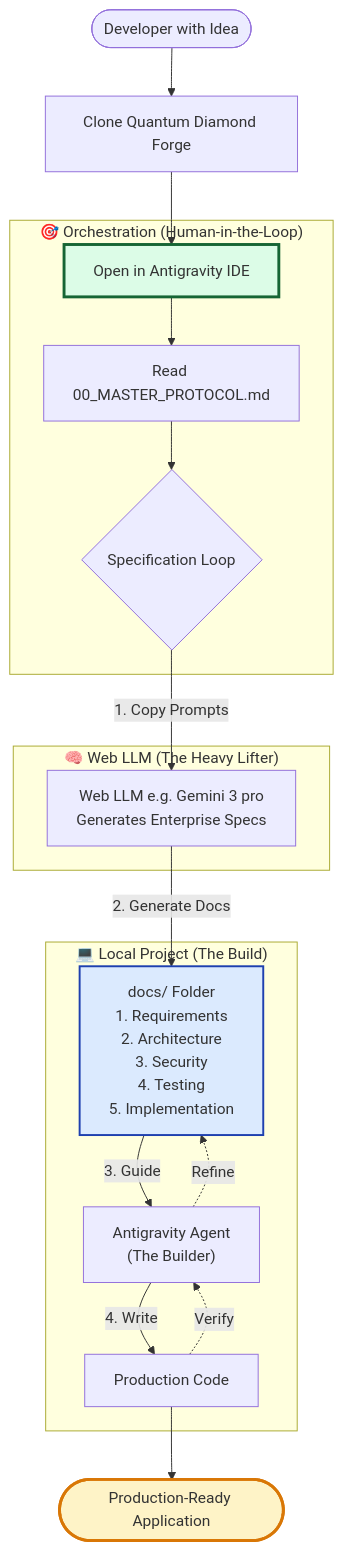
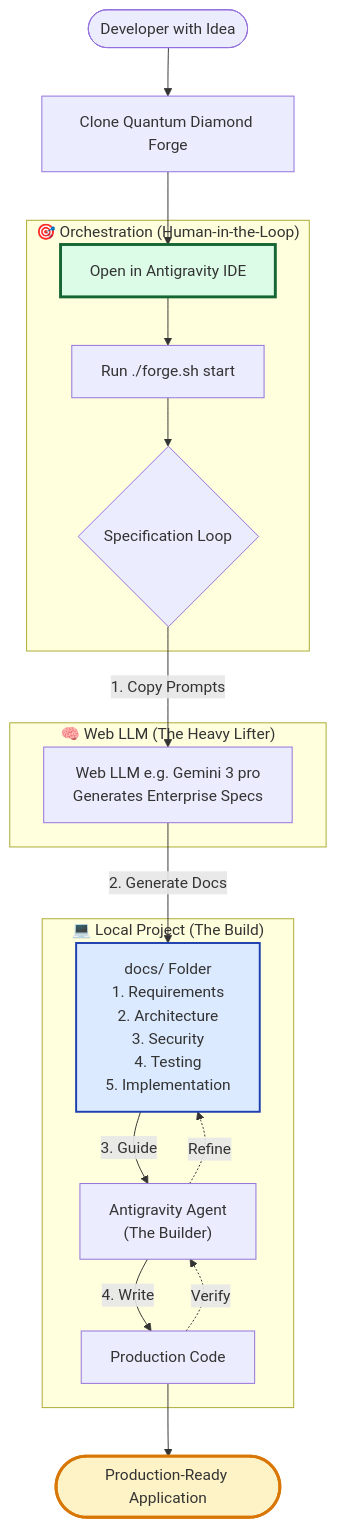
One commit to richfrem/quantum-diamond-forge changed the diagram in diagrams/conceptual_overview(2.2).mermaid. Above: the diagram before and after it, drawn with Mermaid.

Commit message:
docs: update conceptual overview to show forge.sh start

```diff
--- a/diagrams/conceptual_overview(2.2).mermaid
+++ b/diagrams/conceptual_overview(2.2).mermaid
@@ -1,40 +1,40 @@
 flowchart TB
     Start([Developer with Idea]) --> Clone[Clone Quantum Diamond Forge]
     Clone --> IDE[Open in Antigravity IDE]
     
     %% --- Orchestration ---
     subgraph Orchestration ["🎯 Orchestration (Human-in-the-Loop)"]
-        IDE --> Master[Read 00_MASTER_PROTOCOL.md]
-        Master --> Loop{Specification Loop}
+        IDE --> Kickoff[Run ./forge.sh start]
+        Kickoff --> Loop{Specification Loop}
     end
     
     %% --- Web LLM ---
     subgraph WebTools ["🧠 Web LLM (The Heavy Lifter)"]
         Gemini["Web LLM e.g. Gemini 3 pro<br/>Generates Enterprise Specs"]
     end
     
     %% --- Local Execution ---
     subgraph LocalExecution ["💻 Local Project (The Build)"]
         Artifacts["docs/ Folder<br/>1. Requirements<br/>2. Architecture<br/>3. Security<br/>4. Testing<br/>5. Implementation"]
         Agent["Antigravity Agent<br/>(The Builder)"]
         Code[Production Code]
     end
     
     %% Main Flow
     Loop -->|1. Copy Prompts| Gemini
     Gemini -->|2. Generate Docs| Artifacts
     
     Artifacts -->|3. Guide| Agent
     Agent -->|4. Write| Code
     
     %% Feedback Loops
     Code -.->|Verify| Agent
     Agent -.->|Refine| Artifacts
     
     %% Final Output
     Code --> Done([Production-Ready Application])
     
     %% Styles
     style IDE fill:#dcfce7,stroke:#166534,stroke-width:3px
     style Done fill:#fef3c7,stroke:#d97706,stroke-width:3px
     style Artifacts fill:#dbeafe,stroke:#1e40af,stroke-width:2px
```
